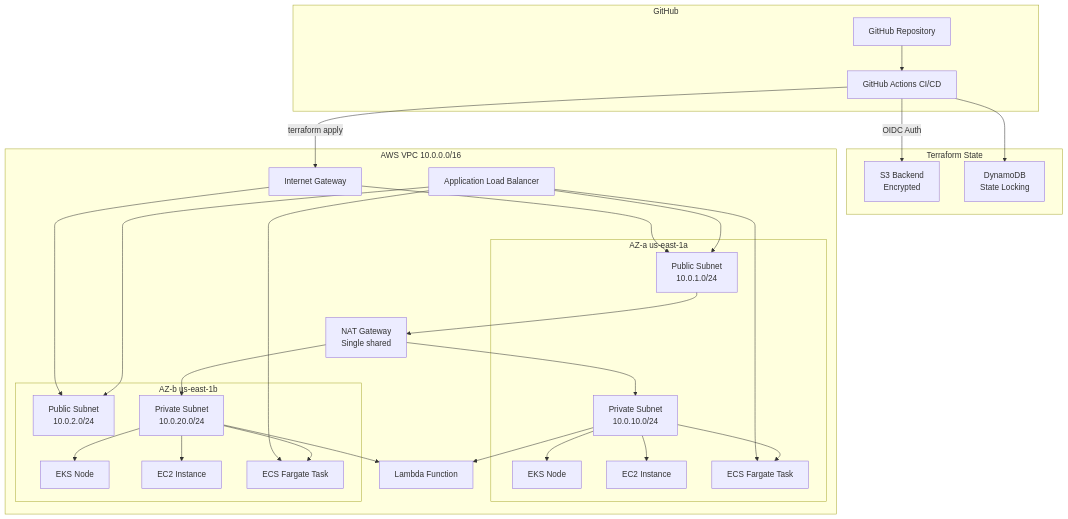
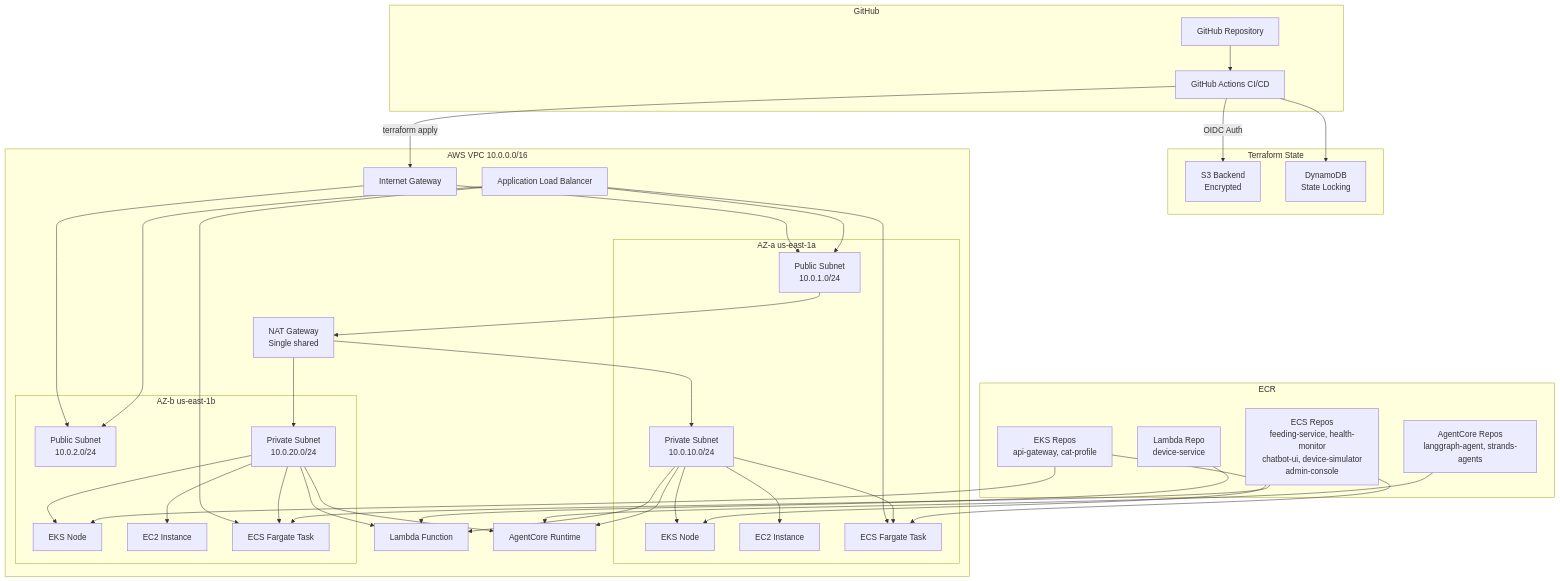
One commit to my-solution-hub/devops-agent-demo-infra changed the first of 2 diagrams in docs/architecture.md. Above: the diagram before and after it, drawn with Mermaid. The commit also changed other lines of this file and 18 other files, not shown here.

First line of the commit message:
feat: per-env Terraform state, ECR repos, and AgentCore module

````diff
--- a/docs/architecture.md
+++ b/docs/architecture.md
@@ -17,63 +18,80 @@
 ```mermaid
 graph TD
     subgraph "GitHub"
         REPO[GitHub Repository]
         GHA[GitHub Actions CI/CD]
     end
 
     subgraph "Terraform State"
         S3[S3 Backend<br/>Encrypted]
         DDB[DynamoDB<br/>State Locking]
+    end
+
+    subgraph "ECR"
+        ECR_EKS[EKS Repos<br/>api-gateway, cat-profile]
+        ECR_ECS[ECS Repos<br/>feeding-service, health-monitor<br/>chatbot-ui, device-simulator<br/>admin-console]
+        ECR_LAMBDA[Lambda Repo<br/>device-service]
+        ECR_AGENT[AgentCore Repos<br/>langgraph-agent, strands-agents]
     end
 
     subgraph "AWS VPC 10.0.0.0/16"
         IGW[Internet Gateway]
 
         NAT[NAT Gateway<br/>Single shared]
 
         subgraph "AZ-a us-east-1a"
             PUB_A[Public Subnet<br/>10.0.1.0/24]
             PRIV_A[Private Subnet<br/>10.0.10.0/24]
             EKS_A[EKS Node]
             EC2_A[EC2 Instance]
             ECS_A[ECS Fargate Task]
         end
 
         subgraph "AZ-b us-east-1b"
             PUB_B[Public Subnet<br/>10.0.2.0/24]
             PRIV_B[Private Subnet<br/>10.0.20.0/24]
             EKS_B[EKS Node]
             EC2_B[EC2 Instance]
             ECS_B[ECS Fargate Task]
         end
 
         ALB[Application Load Balancer]
         LAMBDA[Lambda Function]
+        AGENTCORE[AgentCore Runtime]
     end
 
     REPO --> GHA
     GHA -->|OIDC Auth| S3
     GHA --> DDB
     GHA -->|terraform apply| IGW
 
     IGW --> PUB_A
     IGW --> PUB_B
     PUB_A --> NAT
     NAT --> PRIV_A
     NAT --> PRIV_B
 
     ALB --> PUB_A
     ALB --> PUB_B
     ALB --> ECS_A
     ALB --> ECS_B
 
     PRIV_A --> EKS_A
     PRIV_A --> EC2_A
     PRIV_A --> ECS_A
     PRIV_A --> LAMBDA
+    PRIV_A --> AGENTCORE
 
     PRIV_B --> EKS_B
     PRIV_B --> EC2_B
     PRIV_B --> ECS_B
     PRIV_B --> LAMBDA
+    PRIV_B --> AGENTCORE
+
+    ECR_EKS --> EKS_A
+    ECR_EKS --> EKS_B
+    ECR_ECS --> ECS_A
+    ECR_ECS --> ECS_B
+    ECR_LAMBDA --> LAMBDA
+    ECR_AGENT --> AGENTCORE
 ```
````
